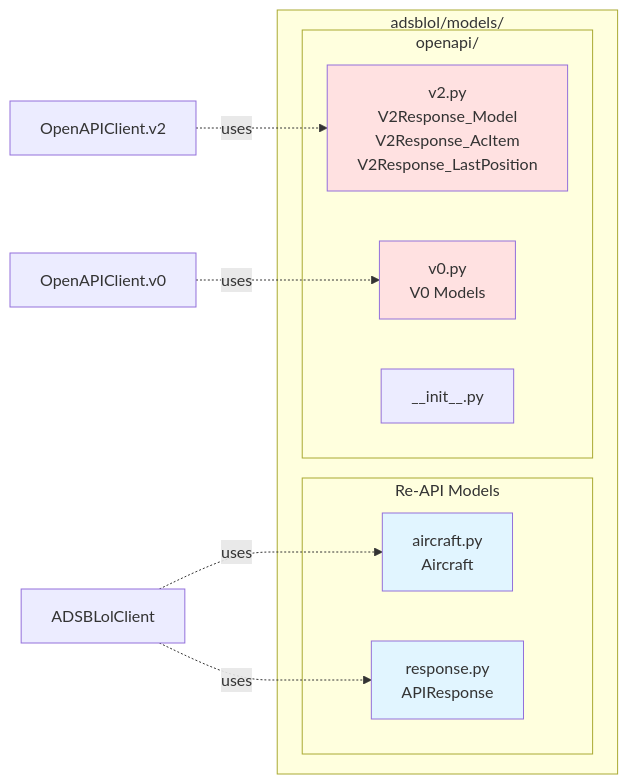
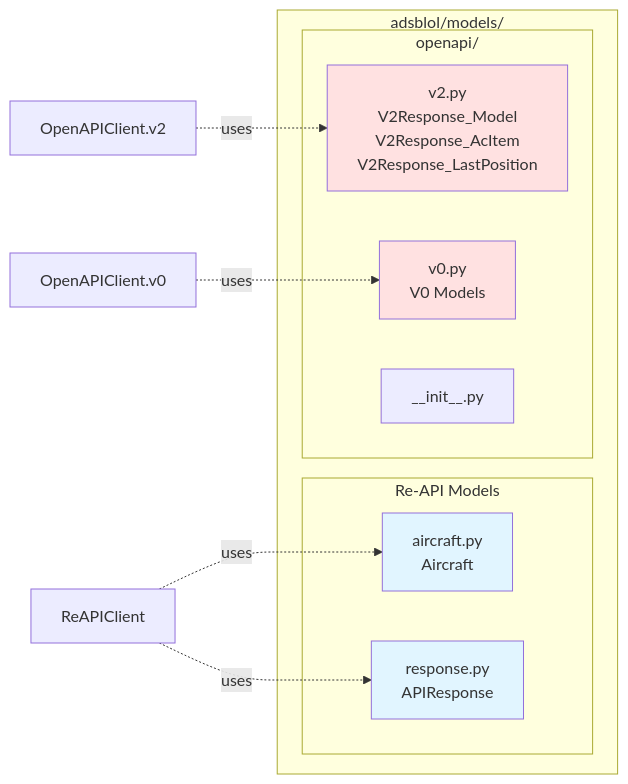
Before and after one commit to tedivm/skysnoop: the second of 6 diagrams in openspec/changes/archive/2025-11-18-add-openapi-client-support/design.md, drawn with Mermaid. The commit also changed other lines of this file and 59 other files, not shown here.

````diff
--- a/openspec/changes/archive/2025-11-18-add-openapi-client-support/design.md
+++ b/openspec/changes/archive/2025-11-18-add-openapi-client-support/design.md
@@ -117,25 +117,25 @@
 ```mermaid
 graph LR
     subgraph "adsblol/models/"
         subgraph "Re-API Models"
             A[aircraft.py<br/>Aircraft]
             B[response.py<br/>APIResponse]
         end
 
         subgraph "openapi/"
             C[v2.py<br/>V2Response_Model<br/>V2Response_AcItem<br/>V2Response_LastPosition]
             D[v0.py<br/>V0 Models]
             E[__init__.py]
         end
     end
 
-    F[ADSBLolClient] -.uses.-> A
+    F[ReAPIClient] -.uses.-> A
     F -.uses.-> B
     G[OpenAPIClient.v2] -.uses.-> C
     H[OpenAPIClient.v0] -.uses.-> D
 
     style A fill:#e1f5ff
     style B fill:#e1f5ff
     style C fill:#ffe1e1
     style D fill:#ffe1e1
 ```
````
